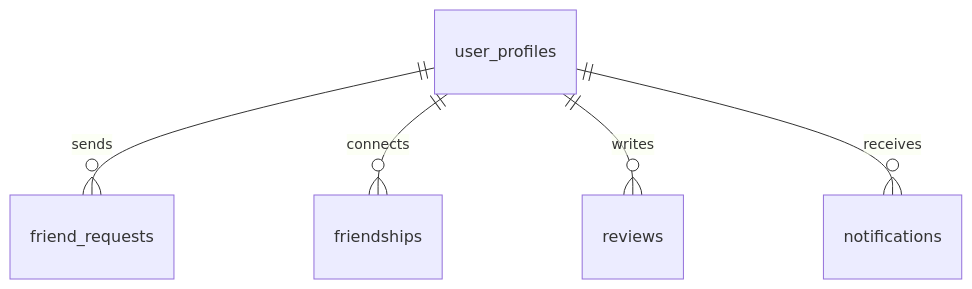
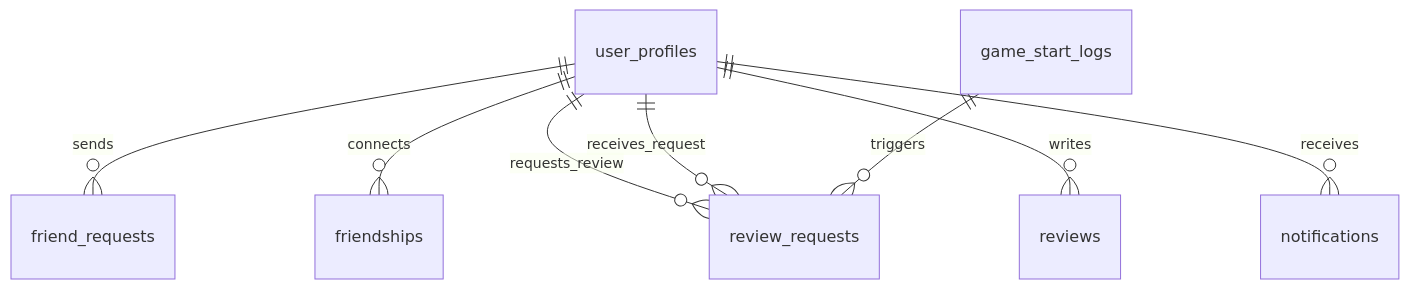
One commit to TeamKitaka/ReadyGo changed the sixth of 7 diagrams in docs/database/02-domain-erd.md. Above: the diagram before and after it, drawn with Mermaid. The commit also changed other lines of this file and 4 other files, not shown here.

First line of the commit message:
docs: review_requests 테이블 관련 데이터베이스 문서 업데이트

````diff
--- a/docs/database/02-domain-erd.md
+++ b/docs/database/02-domain-erd.md
@@ -108,7 +108,10 @@
 ```mermaid
 erDiagram
   user_profiles ||--o{ friend_requests : sends
   user_profiles ||--o{ friendships : connects
+  user_profiles ||--o{ review_requests : requests_review
+  user_profiles ||--o{ review_requests : receives_request
+  game_start_logs ||--o{ review_requests : triggers
   user_profiles ||--o{ reviews : writes
   user_profiles ||--o{ notifications : receives
 ```
````
